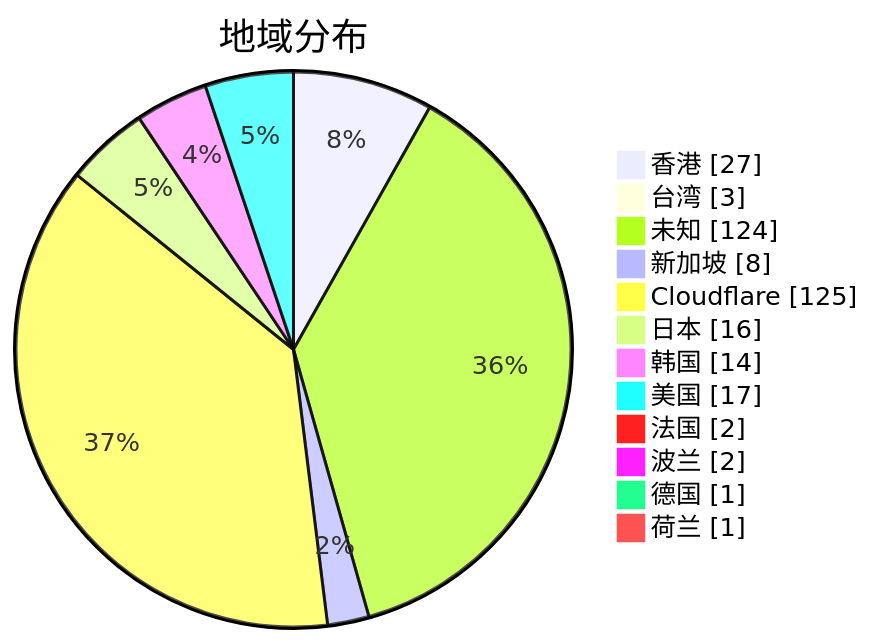
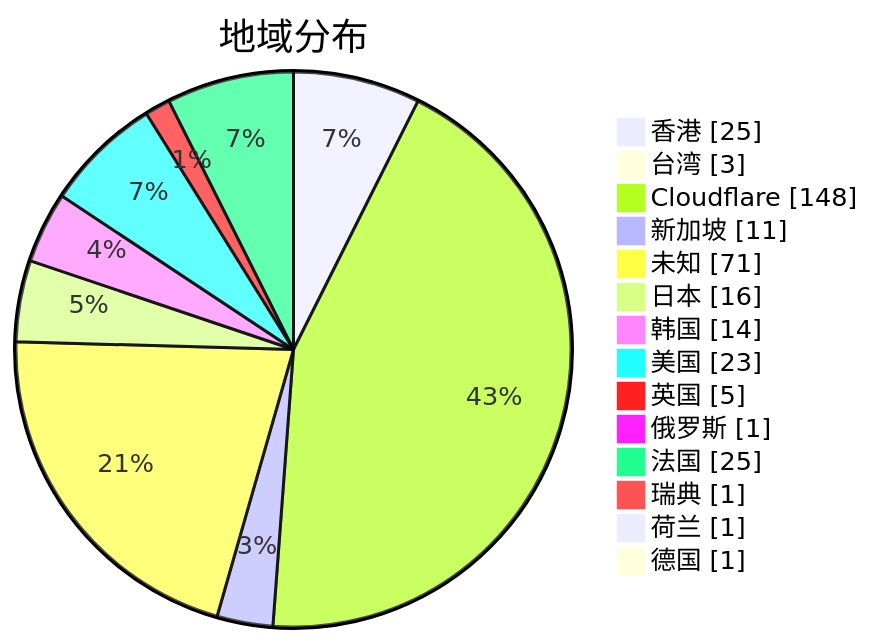
The second of 3 diagrams in subs/statistics/tested_within.md (qjlxg/airport), drawn with Mermaid before and after one commit. The commit also changed other lines of this file and 2 other files, not shown here.

````diff
--- a/subs/statistics/tested_within.md
+++ b/subs/statistics/tested_within.md
@@ -13,16 +14,18 @@
 ```mermaid
 pie showData
 title 地域分布
-"香港" : 27
+"香港" : 25
 "台湾" : 3
-"未知" : 124
-"新加坡" : 8
-"Cloudflare" : 125
+"Cloudflare" : 148
+"新加坡" : 11
+"未知" : 71
 "日本" : 16
 "韩国" : 14
-"美国" : 17
-"法国" : 2
-"波兰" : 2
+"美国" : 23
+"英国" : 5
+"俄罗斯" : 1
+"法国" : 25
+"瑞典" : 1
+"荷兰" : 1
 "德国" : 1
-"荷兰" : 1
 ```
````
